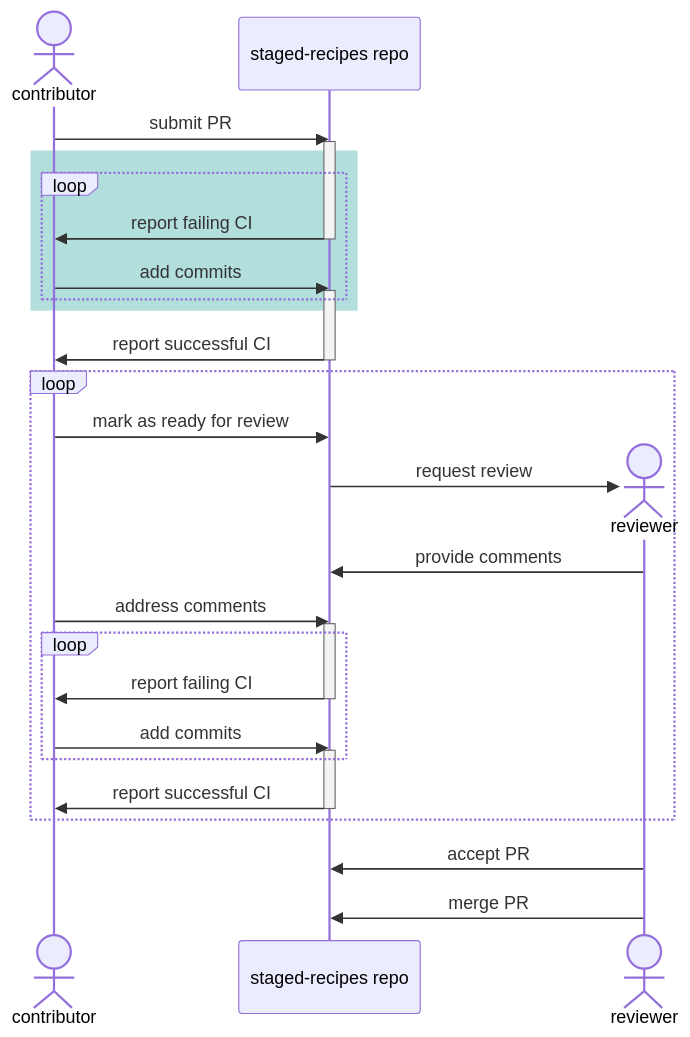
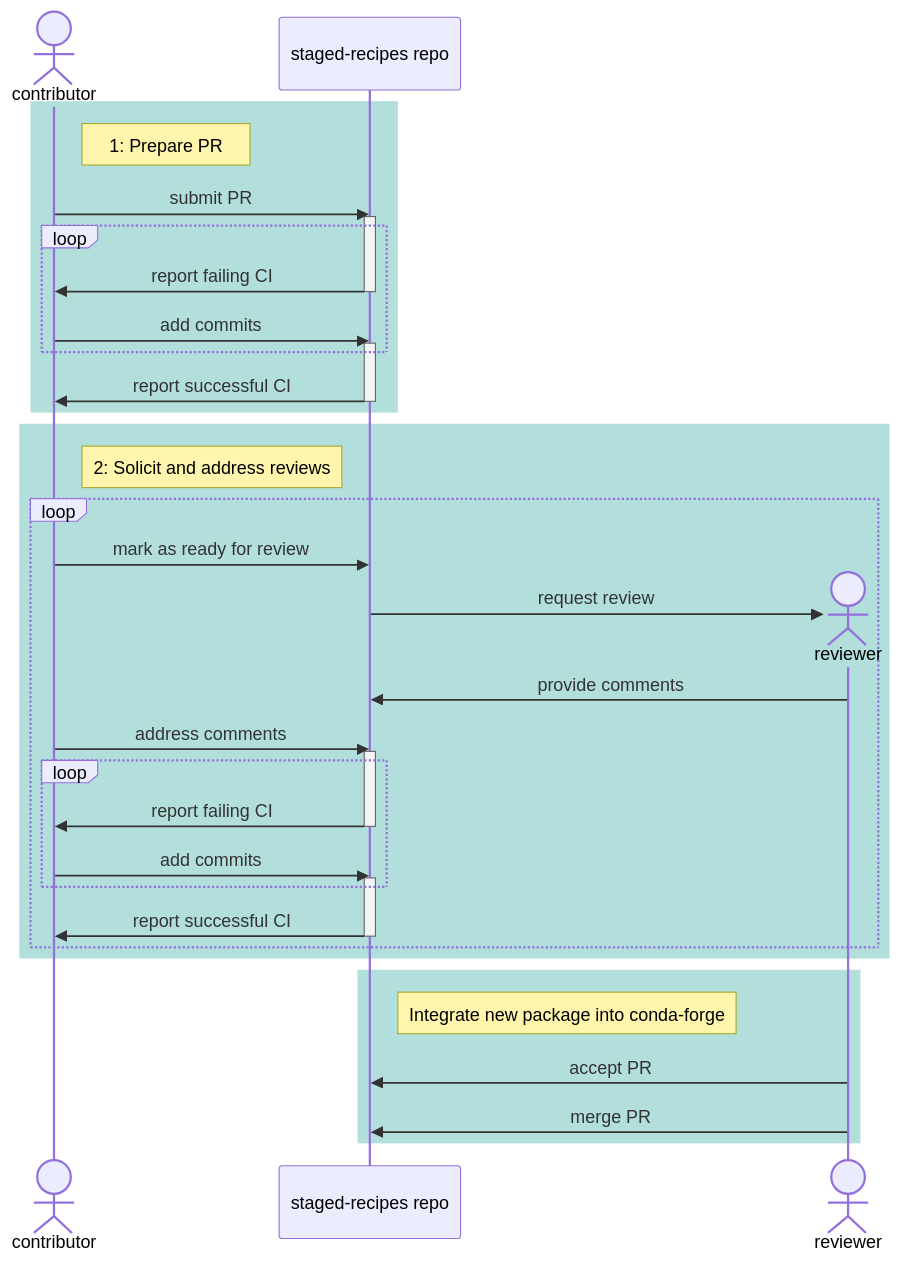
The diagram in docs/maintainer/understanding_conda_forge/staged_recipes.md (conda-forge/conda-forge.github.io), drawn with Mermaid before and after one commit.

Commit message:
Add grouping rects

````diff
--- a/docs/maintainer/understanding_conda_forge/staged_recipes.md
+++ b/docs/maintainer/understanding_conda_forge/staged_recipes.md
@@ -19,35 +19,42 @@
 ```mermaid
 sequenceDiagram
     actor c as contributor
     participant repo as staged-recipes repo
-    c->>repo: submit PR
-    activate repo
     rect rgb(178, 223, 219)
-    loop
-        repo->>c: report failing CI
-        deactivate repo
-        c->>repo: add commits
-        activate repo
-    end
-    end
-    repo->>c: report successful CI
-    deactivate repo
-    loop
-        c->>repo: mark as ready for review
-        create actor reviewer
-        repo->>reviewer: request review
-        reviewer->>repo: provide comments
-        c->>repo: address comments
+        Note right of c: 1: Prepare PR
+        c->>repo: submit PR
         activate repo
         loop
             repo->>c: report failing CI
             deactivate repo
             c->>repo: add commits
             activate repo
         end
         repo->>c: report successful CI
         deactivate repo
     end
-    reviewer->>repo: accept PR
-    reviewer->>repo: merge PR
+    rect rgb(178, 223, 219)
+        Note right of c: 2: Solicit and address reviews
+        loop
+            c->>repo: mark as ready for review
+            create actor reviewer
+            repo->>reviewer: request review
+            reviewer->>repo: provide comments
+            c->>repo: address comments
+            activate repo
+            loop
+                repo->>c: report failing CI
+                deactivate repo
+                c->>repo: add commits
+                activate repo
+            end
+            repo->>c: report successful CI
+            deactivate repo
+        end
+    end
+    rect rgb(178, 223, 219)
+        Note right of repo: Integrate new package into conda-forge
+        reviewer->>repo: accept PR
+        reviewer->>repo: merge PR
+    end
 ```
````
